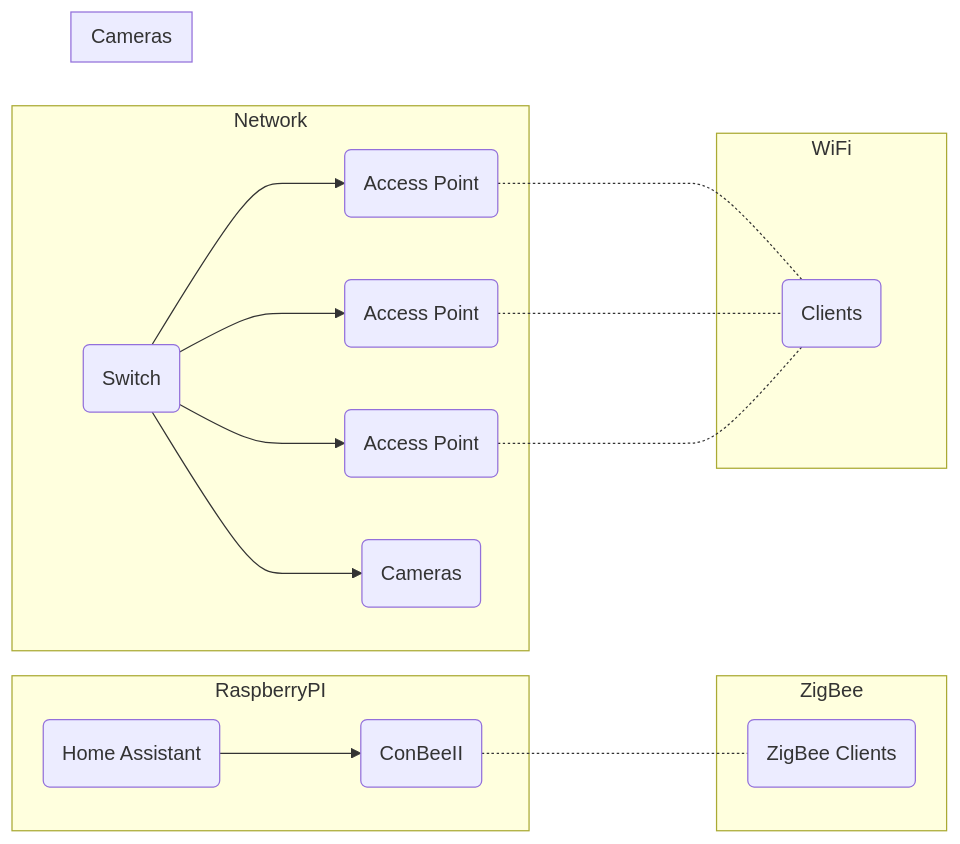
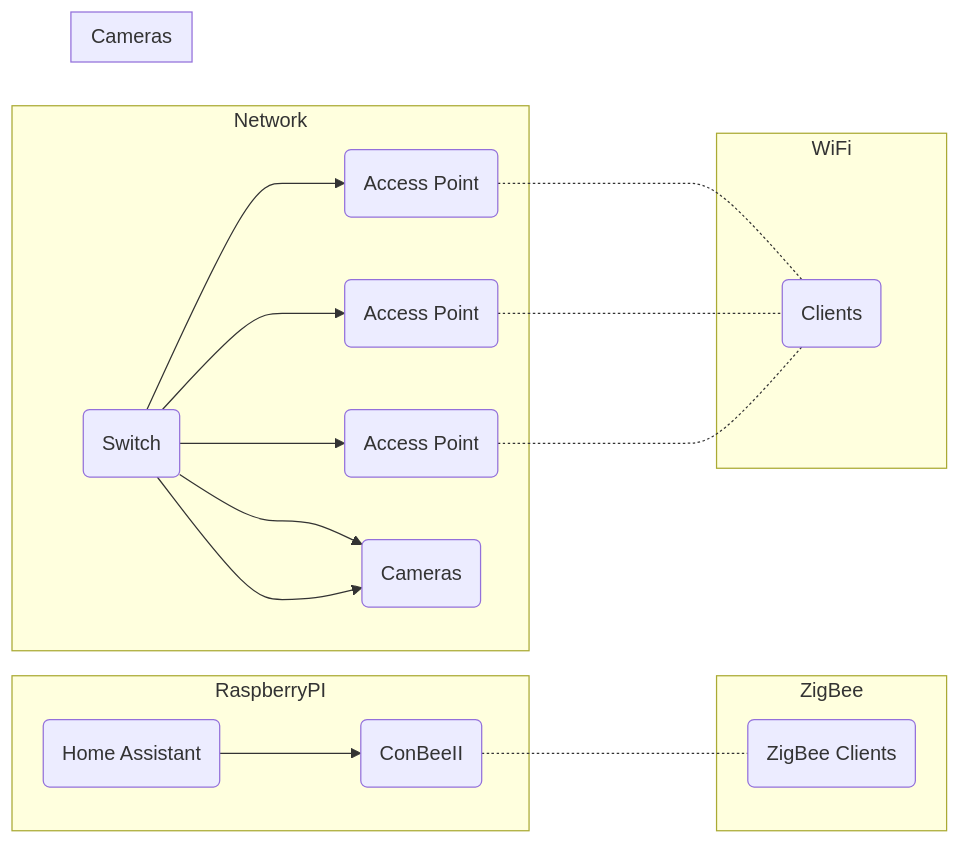
The diagram in README.md (rangulvers/Homeautomation), drawn with Mermaid before and after one commit.

````diff
--- a/README.md
+++ b/README.md
@@ -60,23 +60,23 @@
 ```mermaid
     flowchart LR
         subgraph RaspberryPI
         ha1(Home Assistant) ---> ha2(ConBeeII)
         end
         subgraph ZigBee
         ha2 -...- zb1c(ZigBee Clients)
         end
         subgraph Network
         net1(Switch) ---> net2(Access Point)
         net1(Switch) ---> net3(Access Point)
         net1(Switch) ---> net4(Access Point)
         net1(Switch) ---> cam1(Cameras)
         end
         subgraph Cameras
-        cam1
+        net1(Switch) ---> cam1(Cameras)
         end
         subgraph WiFi
         net2 -...- wifi1(Clients)
         net3 -...- wifi1(Clients)
         net4 -...- wifi1(Clients)
         end
 ```
````
